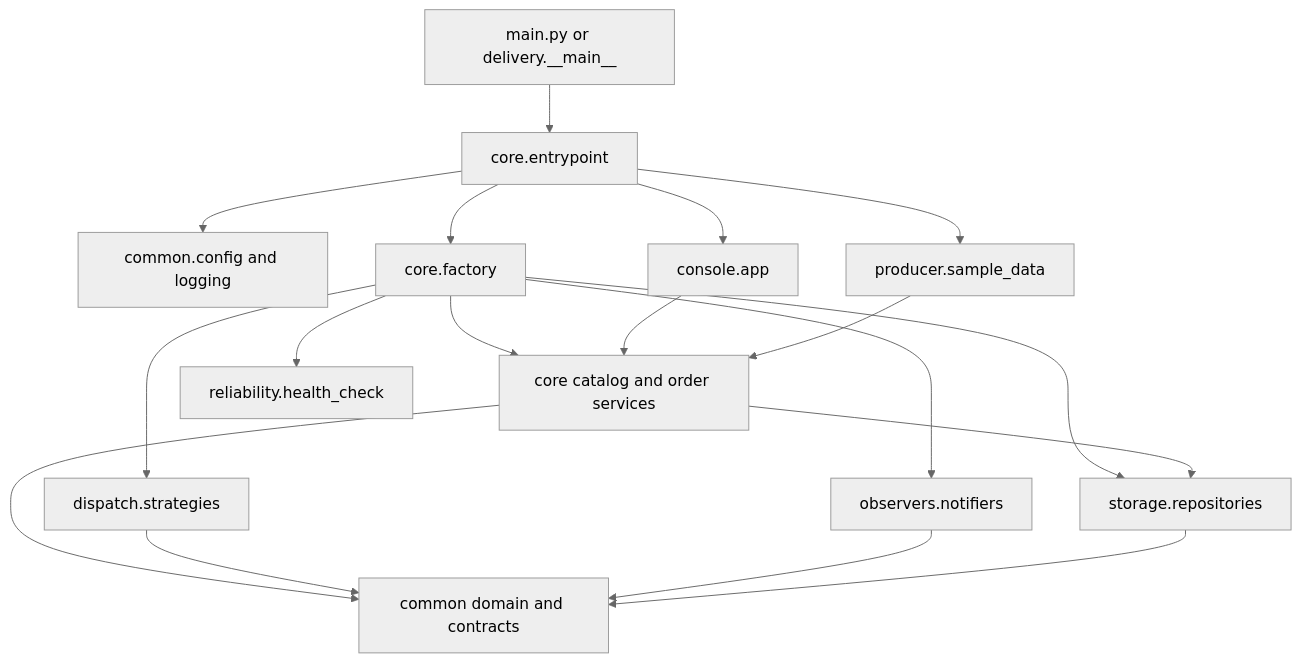
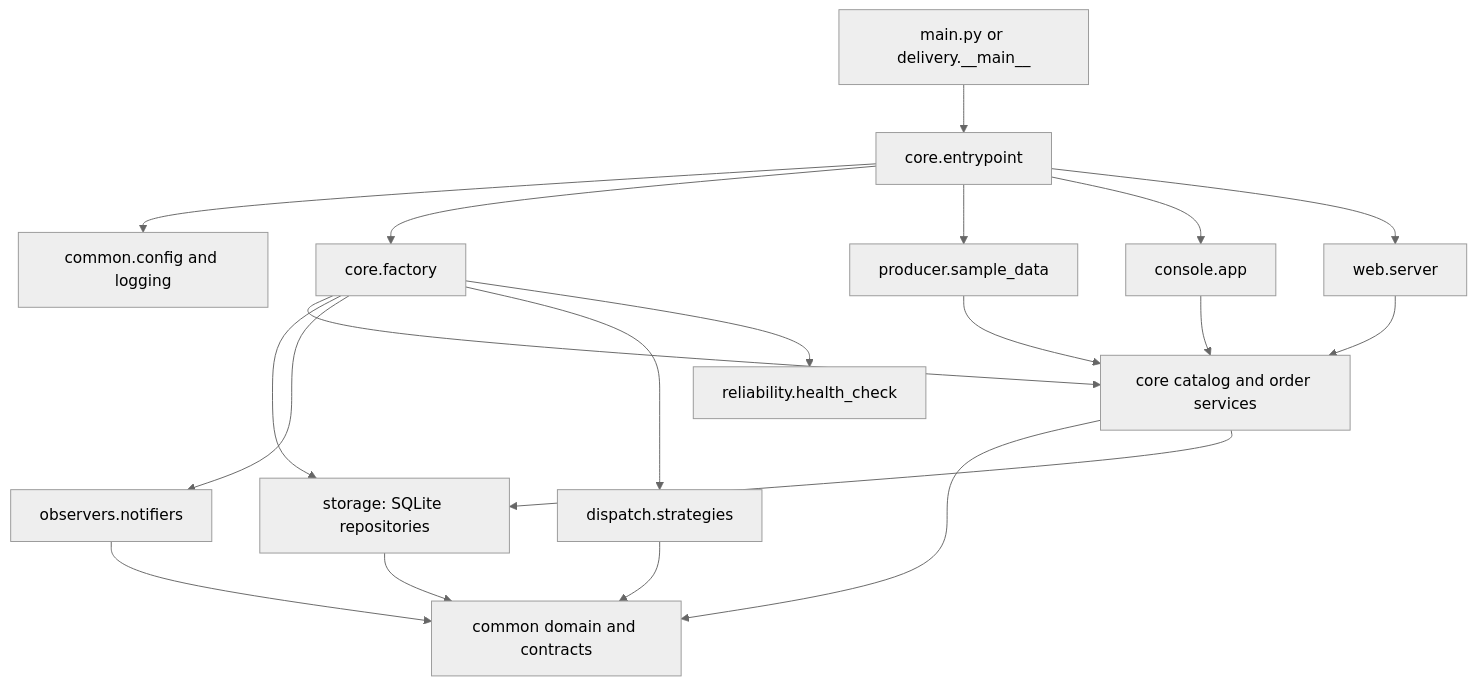
One commit to pavlestanisic/cs412-project changed the diagram in docs/architecture.md. Above: the diagram before and after it, drawn with Mermaid (neutral theme). The commit also changed other lines of this file and 31 other files, not shown here.

````diff
--- a/docs/architecture.md
+++ b/docs/architecture.md
@@ -23,20 +26,22 @@
 ```mermaid
 flowchart TD
     Main[main.py or delivery.__main__] --> Entry[core.entrypoint]
     Entry --> Config[common.config and logging]
     Entry --> Factory[core.factory]
     Entry --> Sample[producer.sample_data]
     Entry --> Console[console.app]
+    Entry --> Web[web.server]
+    Web --> Services
     Factory --> Services[core catalog and order services]
-    Factory --> Storage[storage.repositories]
+    Factory --> Storage[storage: SQLite repositories]
     Factory --> Observers[observers.notifiers]
     Factory --> Dispatch[dispatch.strategies]
     Factory --> Health[reliability.health_check]
     Console --> Services
     Sample --> Services
     Services --> Domain[common domain and contracts]
     Services --> Storage
     Dispatch --> Domain
     Observers --> Domain
     Storage --> Domain
 ```
````
